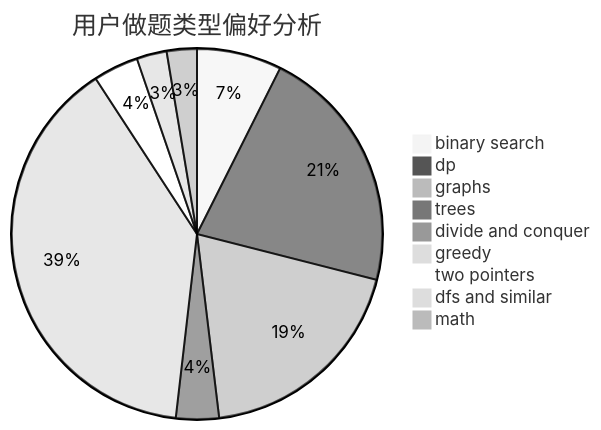
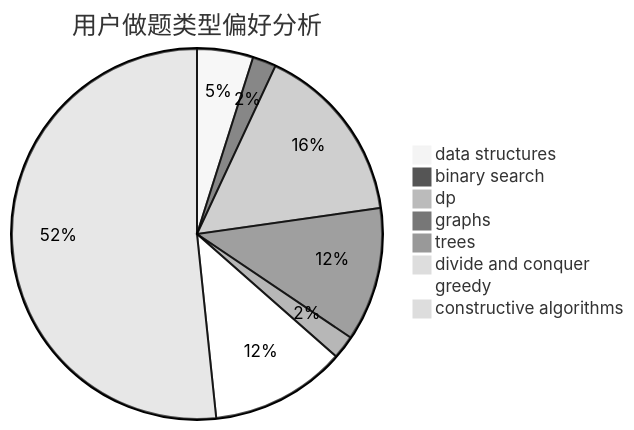
One commit to sherpahu/cfrs.github.io changed the second of 3 diagrams in docs/user/u1243.md. Above: the diagram before and after it, drawn with Mermaid (neutral theme). The commit also changed other lines of this file and 2775 other files, not shown here.

````diff
--- a/docs/user/u1243.md
+++ b/docs/user/u1243.md
@@ -23,12 +23,11 @@
 ```mermaid
 pie title 用户做题类型偏好分析
-    "binary search" :  186
-    "dp" :  542
-    "graphs" :  480
-    "trees" :  94
-    "divide and conquer" :  17
-    "greedy" :  979
-    "two pointers" :  99
-    "dfs and similar" :  66
-    "math" :  66
+    "data structures" :  31
+    "binary search" :  13
+    "dp" :  100
+    "graphs" :  74
+    "trees" :  13
+    "divide and conquer" :  1
+    "greedy" :  75
+    "constructive algorithms" :  327
 ```
````
